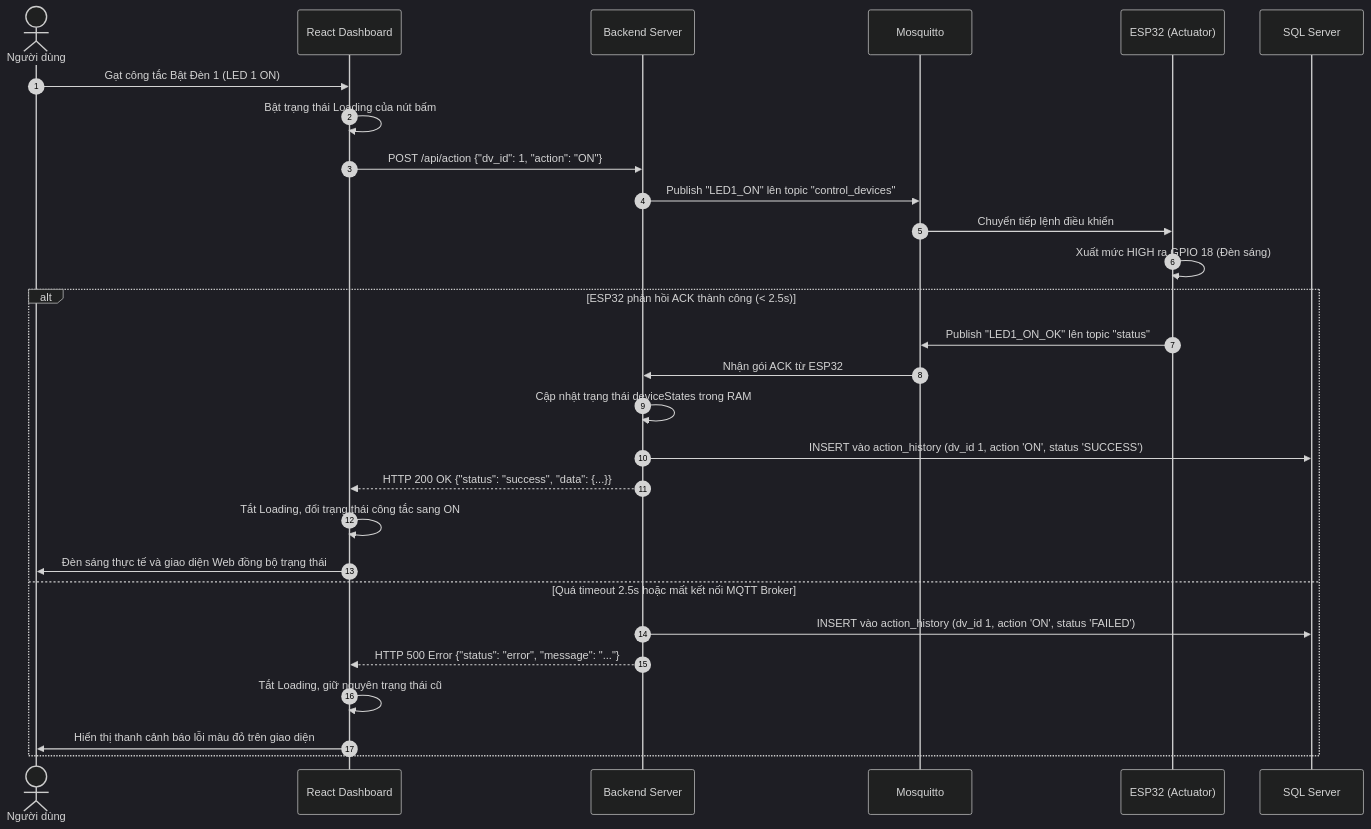
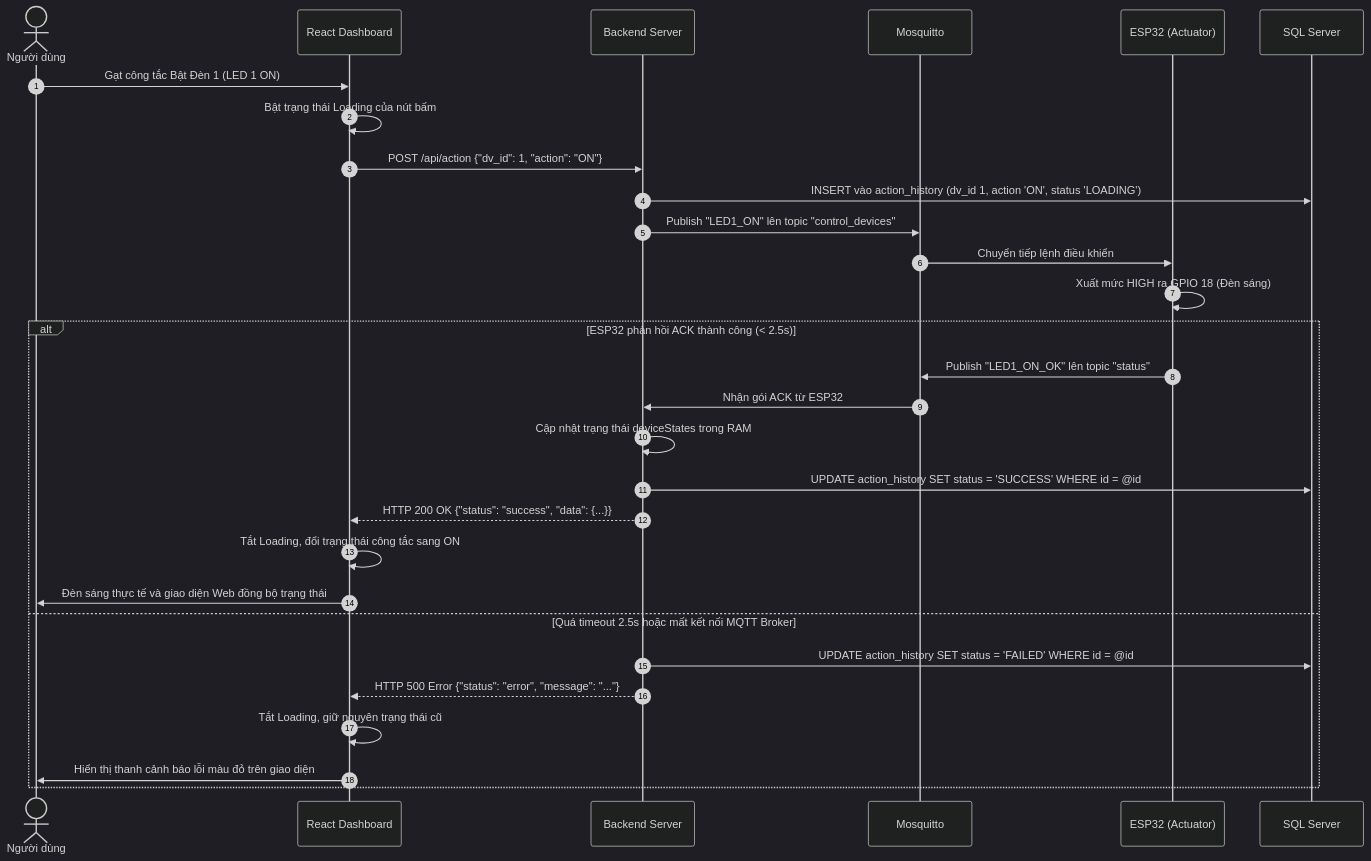
Before and after one commit to nguyencongquana2/iot-dashboard-system: the fourth of 4 diagrams in ARCHITECTURE.md, drawn with Mermaid (dark theme). The commit also changed 3 other files, not shown here.

Commit message:
feat: implement 2-phase action history status update (LOADING to SUCCESS/FAILED) with realtime polling

````diff
--- a/ARCHITECTURE.md
+++ b/ARCHITECTURE.md
@@ -268,31 +268,32 @@
 ```mermaid
 sequenceDiagram
     autonumber
     actor User as Người dùng
     participant Front as React Dashboard
     participant Back as Backend Server
     participant Broker as Mosquitto
     participant ESP as ESP32 (Actuator)
     participant DB as SQL Server
 
     User->>Front: Gạt công tắc Bật Đèn 1 (LED 1 ON)
     Front->>Front: Bật trạng thái Loading của nút bấm
     Front->>Back: POST /api/action {"dv_id": 1, "action": "ON"}
+    Back->>DB: INSERT vào action_history (dv_id 1, action 'ON', status 'LOADING')
     Back->>Broker: Publish "LED1_ON" lên topic "control_devices"
     Broker->>ESP: Chuyển tiếp lệnh điều khiển
     ESP->>ESP: Xuất mức HIGH ra GPIO 18 (Đèn sáng)
     alt ESP32 phản hồi ACK thành công (< 2.5s)
         ESP->>Broker: Publish "LED1_ON_OK" lên topic "status"
         Broker->>Back: Nhận gói ACK từ ESP32
         Back->>Back: Cập nhật trạng thái deviceStates trong RAM
-        Back->>DB: INSERT vào action_history (dv_id 1, action 'ON', status 'SUCCESS')
+        Back->>DB: UPDATE action_history SET status = 'SUCCESS' WHERE id = @id
         Back-->>Front: HTTP 200 OK {"status": "success", "data": {...}}
         Front->>Front: Tắt Loading, đổi trạng thái công tắc sang ON
         Front->>User: Đèn sáng thực tế và giao diện Web đồng bộ trạng thái
     else Quá timeout 2.5s hoặc mất kết nối MQTT Broker
-        Back->>DB: INSERT vào action_history (dv_id 1, action 'ON', status 'FAILED')
+        Back->>DB: UPDATE action_history SET status = 'FAILED' WHERE id = @id
         Back-->>Front: HTTP 500 Error {"status": "error", "message": "..."}
         Front->>Front: Tắt Loading, giữ nguyên trạng thái cũ
         Front->>User: Hiển thị thanh cảnh báo lỗi màu đỏ trên giao diện
     end
 ```
````
